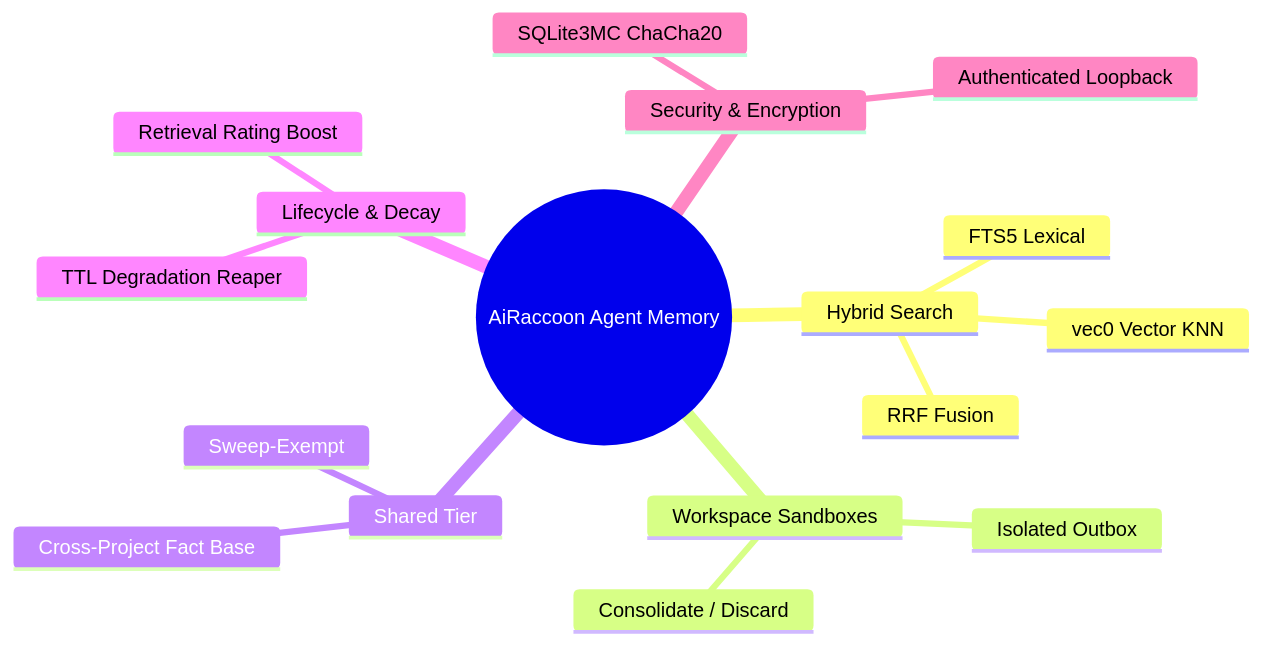
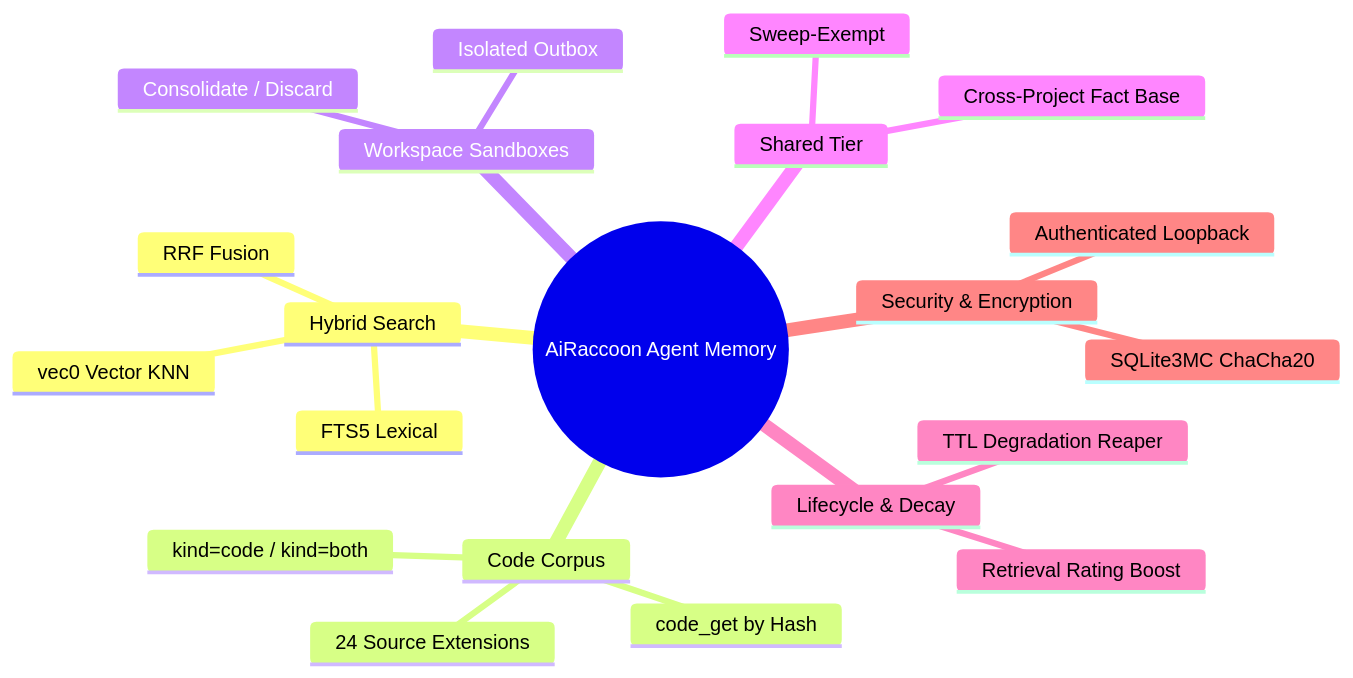
The second of 2 diagrams in README.md (Arasz/ai-raccoon), drawn with Mermaid before and after one commit. The commit also changed other lines of this file and 4 other files, not shown here.

First line of the commit message:
docs(readme): clean what's-new, add history doc, code-corpus guide, update graphs

````diff
--- a/README.md
+++ b/README.md
@@ -86,20 +70,24 @@
 ```mermaid
 mindmap
   root((AiRaccoon Agent Memory))
     Hybrid Search
       FTS5 Lexical
       vec0 Vector KNN
       RRF Fusion
+    Code Corpus
+      24 Source Extensions
+      kind=code / kind=both
+      code_get by Hash
     Workspace Sandboxes
       Isolated Outbox
       Consolidate / Discard
     Shared Tier
       Cross-Project Fact Base
       Sweep-Exempt
     Lifecycle & Decay
       Retrieval Rating Boost
       TTL Degradation Reaper
     Security & Encryption
       SQLite3MC ChaCha20
       Authenticated Loopback
 ```
````
